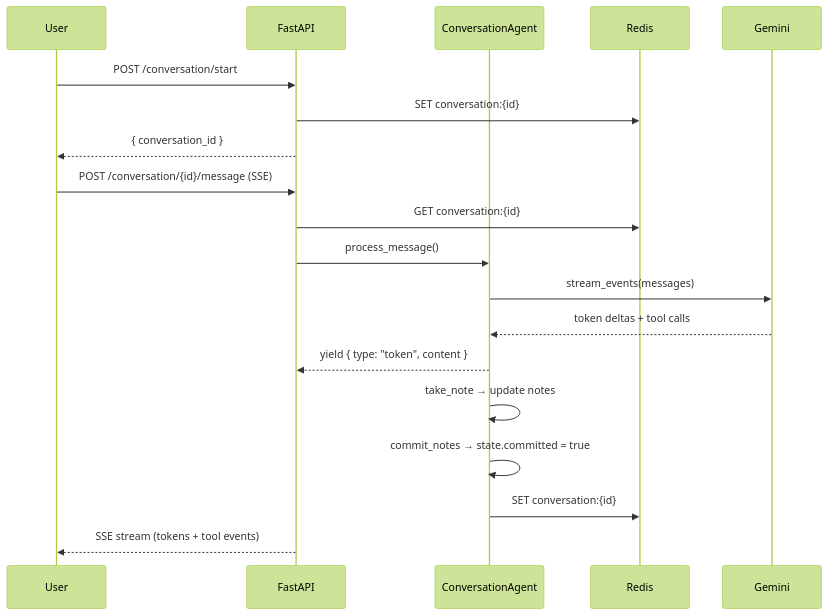
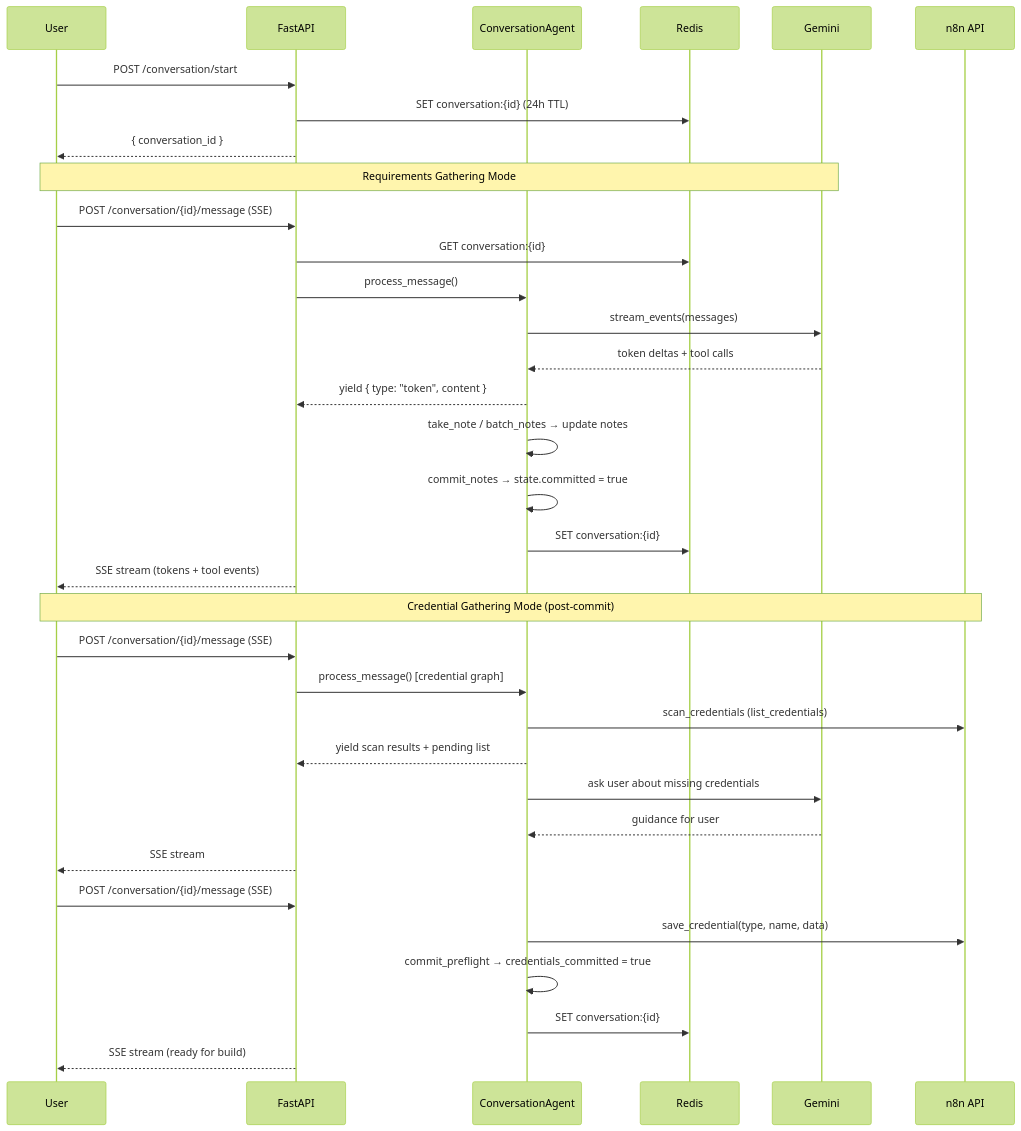
Before and after one commit to h19overflow/ARIA: the fourth of 6 diagrams in README.md, drawn with Mermaid (forest theme). The commit also changed other lines of this file and 1 other file, not shown here.

````diff
--- a/README.md
+++ b/README.md
@@ -468,23 +441,42 @@
 ```mermaid
 sequenceDiagram
     participant U as User
     participant API as FastAPI
     participant CA as ConversationAgent
     participant R as Redis
     participant LLM as Gemini
+    participant N8N as n8n API
 
     U->>API: POST /conversation/start
-    API->>R: SET conversation:{id}
+    API->>R: SET conversation:{id} (24h TTL)
     API-->>U: { conversation_id }
+
+    Note over U,LLM: Requirements Gathering Mode
 
     U->>API: POST /conversation/{id}/message (SSE)
     API->>R: GET conversation:{id}
     API->>CA: process_message()
     CA->>LLM: stream_events(messages)
     LLM-->>CA: token deltas + tool calls
     CA-->>API: yield { type: "token", content }
-    CA->>CA: take_note → update notes
+    CA->>CA: take_note / batch_notes → update notes
     CA->>CA: commit_notes → state.committed = true
     CA->>R: SET conversation:{id}
     API-->>U: SSE stream (tokens + tool events)
+
+    Note over U,N8N: Credential Gathering Mode (post-commit)
+
+    U->>API: POST /conversation/{id}/message (SSE)
+    API->>CA: process_message() [credential graph]
+    CA->>N8N: scan_credentials (list_credentials)
+    CA-->>API: yield scan results + pending list
+    CA->>LLM: ask user about missing credentials
+    LLM-->>CA: guidance for user
+    API-->>U: SSE stream
+
+    U->>API: POST /conversation/{id}/message (SSE)
+    CA->>N8N: save_credential(type, name, data)
+    CA->>CA: commit_preflight → credentials_committed = true
+    CA->>R: SET conversation:{id}
+    API-->>U: SSE stream (ready for build)
 ```
````
